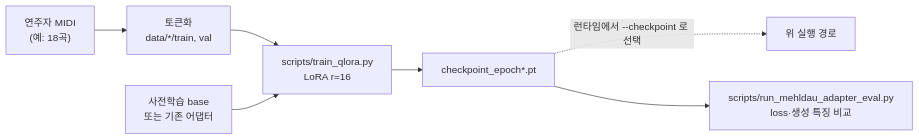
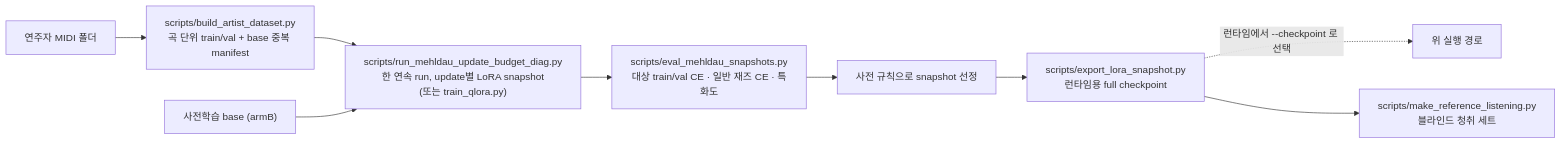
One commit to ohhalim/fine_tuning_art-tatum_midi_solo changed the second of 2 diagrams in README.md. Above: the diagram before and after it, drawn with Mermaid. The commit also changed other lines of this file, not shown here.

````diff
--- a/README.md
+++ b/README.md
@@ -96,9 +97,11 @@
 ```mermaid
 flowchart LR
-    MIDI["연주자 MIDI<br/>(예: 18곡)"] --> TOK["토큰화<br/>data/*/train, val"]
-    TOK --> TRAIN["scripts/train_qlora.py<br/>LoRA r=16"]
-    BASE["사전학습 base<br/>또는 기존 어댑터"] --> TRAIN
-    TRAIN --> CKPT["checkpoint_epoch*.pt"]
-    CKPT -.런타임에서 --checkpoint 로 선택.-> USE["위 실행 경로"]
-    CKPT --> EVAL["scripts/run_mehldau_adapter_eval.py<br/>loss·생성 특징 비교"]
+    MIDI["연주자 MIDI 폴더"] --> TOK["scripts/build_artist_dataset.py<br/>곡 단위 train/val + base 중복 manifest"]
+    TOK --> TRAIN["scripts/run_mehldau_update_budget_diag.py<br/>한 연속 run, update별 LoRA snapshot<br/>(또는 train_qlora.py)"]
+    BASE["사전학습 base (armB)"] --> TRAIN
+    TRAIN --> EVAL["scripts/eval_mehldau_snapshots.py<br/>대상 train/val CE · 일반 재즈 CE · 특화도"]
+    EVAL --> PICK["사전 규칙으로 snapshot 선정"]
+    PICK --> EXP["scripts/export_lora_snapshot.py<br/>런타임용 full checkpoint"]
+    EXP -.런타임에서 --checkpoint 로 선택.-> USE["위 실행 경로"]
+    EXP --> LISTEN["scripts/make_reference_listening.py<br/>블라인드 청취 세트"]
 ```
````
